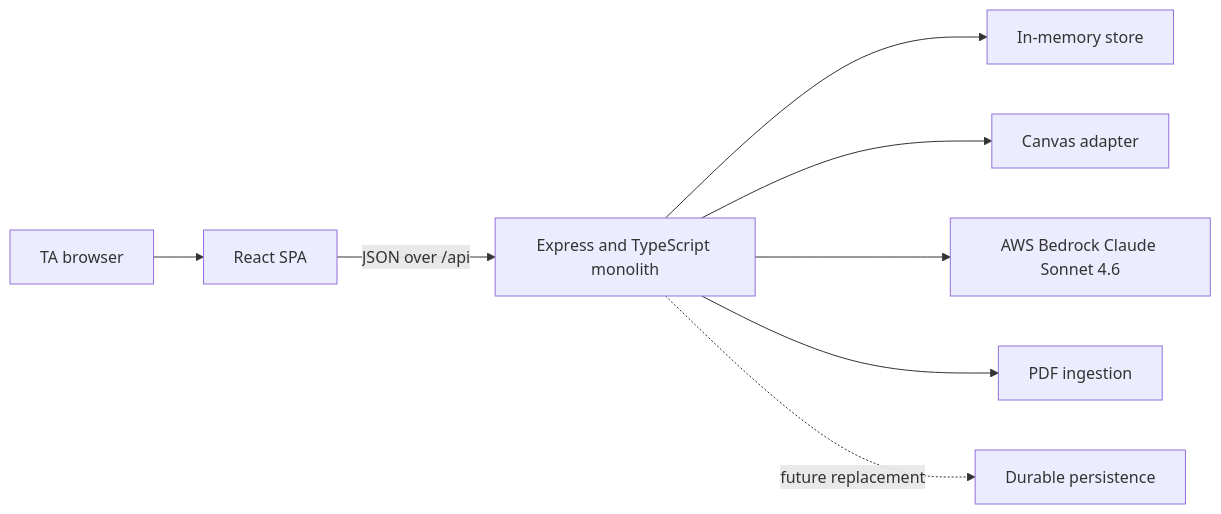
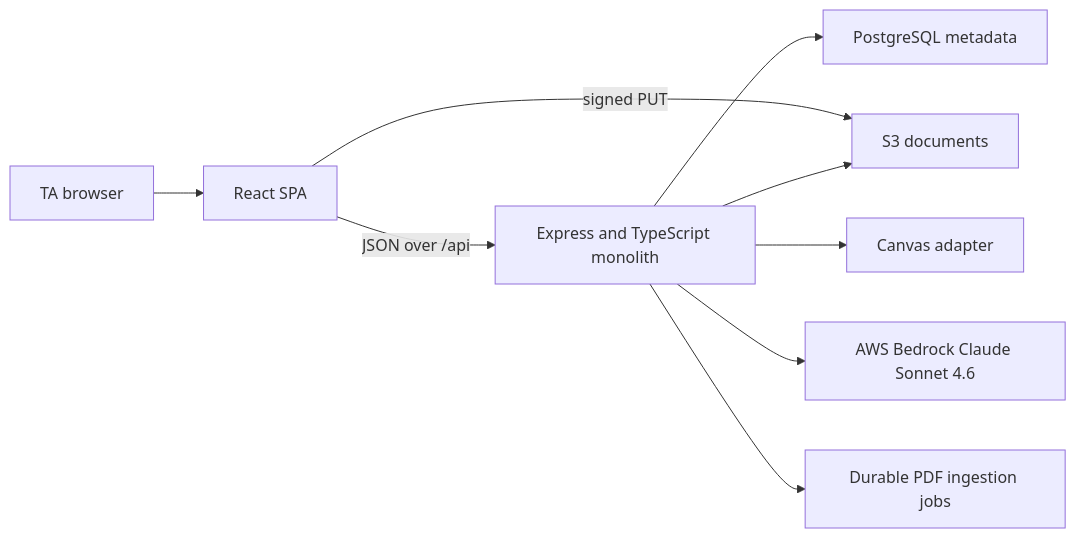
One commit to B2TA/B2TA changed the first of 2 diagrams in ARCHITECTURE.md. Above: the diagram before and after it, drawn with Mermaid. The commit also changed other lines of this file and 3 other files, not shown here.

````diff
--- a/ARCHITECTURE.md
+++ b/ARCHITECTURE.md
@@ -9,11 +9,12 @@
 ```mermaid
 flowchart LR
     TA[TA browser] --> SPA[React SPA]
     SPA -->|JSON over /api| API[Express and TypeScript monolith]
-    API --> STORE[In-memory store]
+    API --> DB[PostgreSQL metadata]
+    SPA -->|signed PUT| OBJECTS[S3 documents]
+    API --> OBJECTS
 
     API --> CANVAS[Canvas adapter]
     API --> AI[AWS Bedrock Claude Sonnet 4.6]
-    API --> FILES[PDF ingestion]
-    API -. future replacement .-> DATA[Durable persistence]
+    API --> FILES[Durable PDF ingestion jobs]
 ```
````
